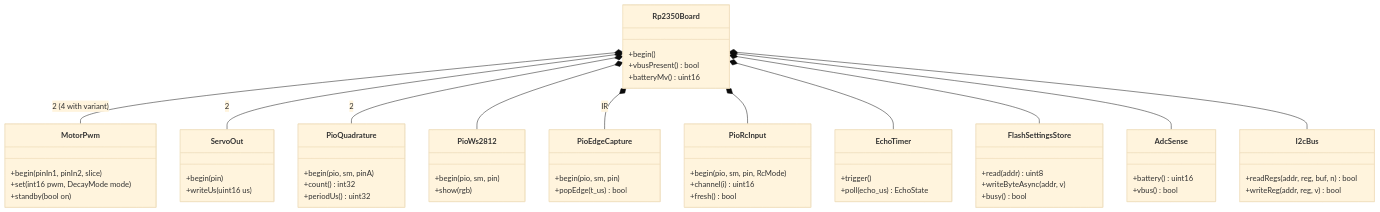
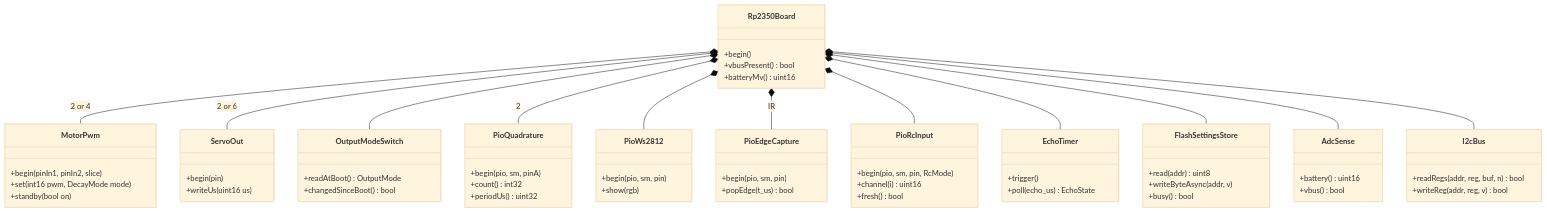
The third of 4 diagrams in docs/lld/base-board-lld.md (mannuray/conqueror), drawn with Mermaid (base theme) before and after one commit. The commit also changed other lines of this file and 2 other files, not shown here.

Commit message:
docs(spec,lld): base board - switchable motor C/D or servo 3-6, servo buck with 5V/6V/BATT, barrel jack adapter input

````diff
--- a/docs/lld/base-board-lld.md
+++ b/docs/lld/base-board-lld.md
@@ -175,62 +191,67 @@
 ```mermaid
 classDiagram
   class Rp2350Board {
     +begin()
     +vbusPresent() bool
     +batteryMv() uint16
   }
   class MotorPwm {
     +begin(pinIn1, pinIn2, slice)
     +set(int16 pwm, DecayMode mode)
     +standby(bool on)
   }
   class ServoOut {
     +begin(pin)
     +writeUs(uint16 us)
   }
   class PioQuadrature {
     +begin(pio, sm, pinA)
     +count() int32
     +periodUs() uint32
   }
   class PioWs2812 {
     +begin(pio, sm, pin)
     +show(rgb)
   }
   class PioEdgeCapture {
     +begin(pio, sm, pin)
     +popEdge(t_us) bool
   }
   class PioRcInput {
     +begin(pio, sm, pin, RcMode)
     +channel(i) uint16
     +fresh() bool
   }
   class EchoTimer {
     +trigger()
     +poll(echo_us) EchoState
   }
   class FlashSettingsStore {
     +read(addr) uint8
     +writeByteAsync(addr, v)
     +busy() bool
   }
   class AdcSense {
     +battery() uint16
     +vbus() bool
   }
   class I2cBus {
     +readRegs(addr, reg, buf, n) bool
     +writeReg(addr, reg, v) bool
   }
-  Rp2350Board *-- MotorPwm : 2 (4 with variant)
-  Rp2350Board *-- ServoOut : 2
+  class OutputModeSwitch {
+    +readAtBoot() OutputMode
+    +changedSinceBoot() bool
+  }
+  Rp2350Board *-- MotorPwm : 2 or 4
+  Rp2350Board *-- ServoOut : 2 or 6
+  Rp2350Board *-- OutputModeSwitch
   Rp2350Board *-- PioQuadrature : 2
   Rp2350Board *-- PioWs2812
   Rp2350Board *-- PioEdgeCapture : IR
   Rp2350Board *-- PioRcInput
   Rp2350Board *-- EchoTimer
   Rp2350Board *-- FlashSettingsStore
   Rp2350Board *-- AdcSense
   Rp2350Board *-- I2cBus
 ```
````
